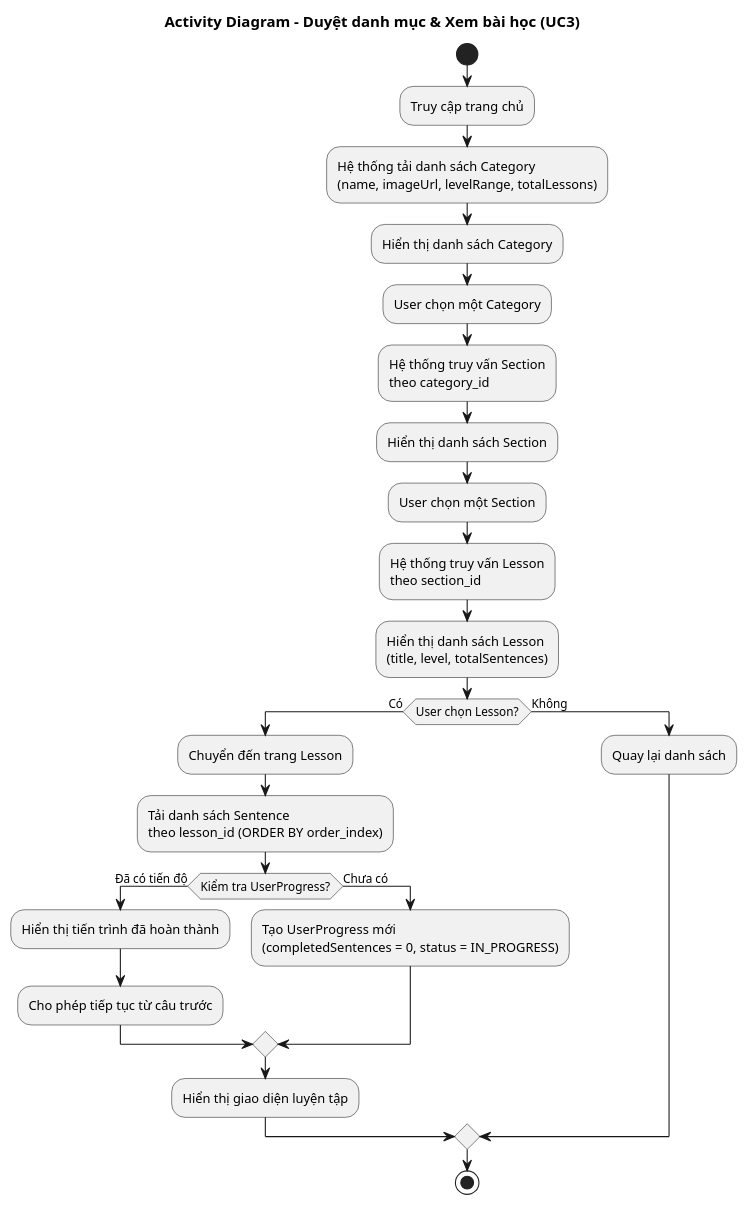
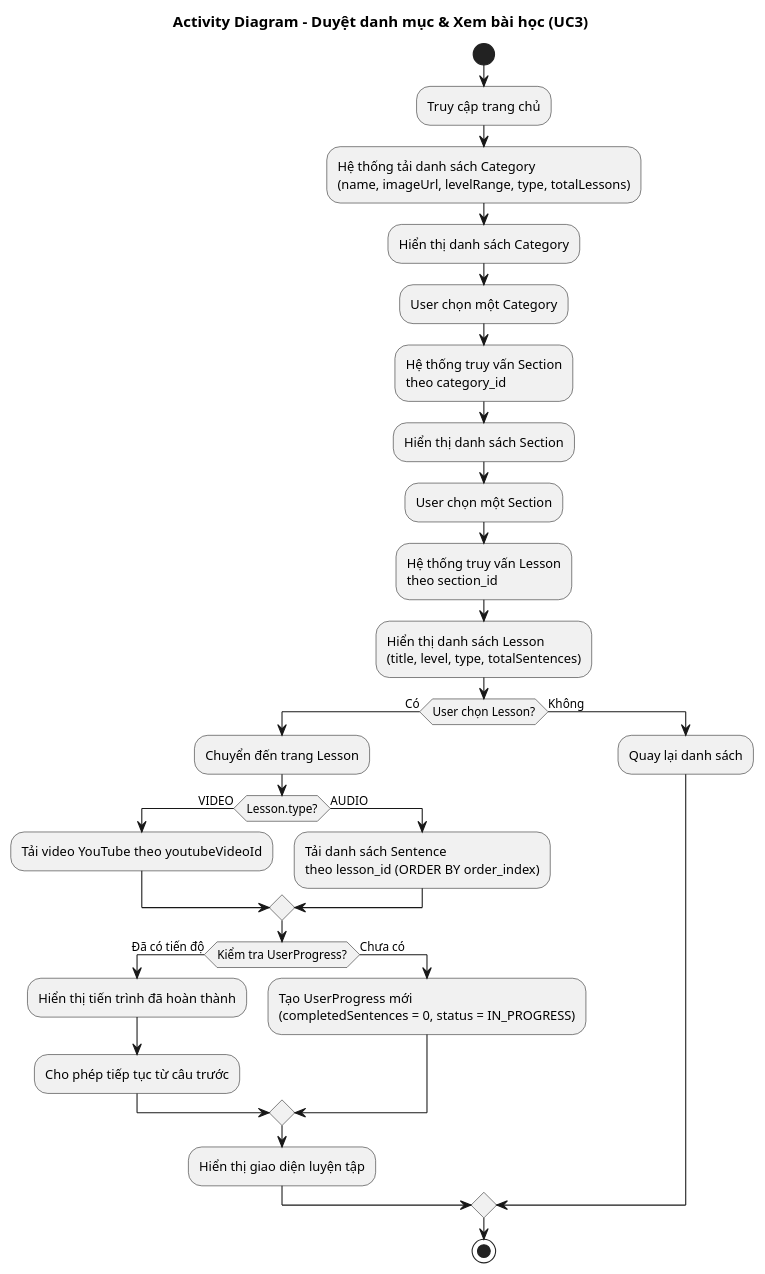
Before and after one commit to nguyenthetan752005-max/EnglishListeningPracticeWebsite: the diagram in docs/uml/ActivityDiagram/activity_browse.puml, drawn with PlantUML. The commit also changed 10 other files, not shown here.

```diff
--- a/docs/uml/ActivityDiagram/activity_browse.puml
+++ b/docs/uml/ActivityDiagram/activity_browse.puml
@@ -1,35 +1,40 @@
 @startuml Activity_Browse
 title Activity Diagram - Duyệt danh mục & Xem bài học (UC3)
 
 start
 
 :Truy cập trang chủ;
-:Hệ thống tải danh sách Category\n(name, imageUrl, levelRange, totalLessons);
+:Hệ thống tải danh sách Category\n(name, imageUrl, levelRange, type, totalLessons);
 :Hiển thị danh sách Category;
 
 :User chọn một Category;
 :Hệ thống truy vấn Section\ntheo category_id;
 :Hiển thị danh sách Section;
 
 :User chọn một Section;
 :Hệ thống truy vấn Lesson\ntheo section_id;
-:Hiển thị danh sách Lesson\n(title, level, totalSentences);
+:Hiển thị danh sách Lesson\n(title, level, type, totalSentences);
 
 if (User chọn Lesson?) then (Có)
   :Chuyển đến trang Lesson;
-  :Tải danh sách Sentence\ntheo lesson_id (ORDER BY order_index);
+
+  if (Lesson.type?) then (VIDEO)
+    :Tải video YouTube theo youtubeVideoId;
+  else (AUDIO)
+    :Tải danh sách Sentence\ntheo lesson_id (ORDER BY order_index);
+  endif
 
   if (Kiểm tra UserProgress?) then (Đã có tiến độ)
     :Hiển thị tiến trình đã hoàn thành;
     :Cho phép tiếp tục từ câu trước;
   else (Chưa có)
     :Tạo UserProgress mới\n(completedSentences = 0, status = IN_PROGRESS);
   endif
 
   :Hiển thị giao diện luyện tập;
 else (Không)
   :Quay lại danh sách;
 endif
 
 stop
 @enduml
```
